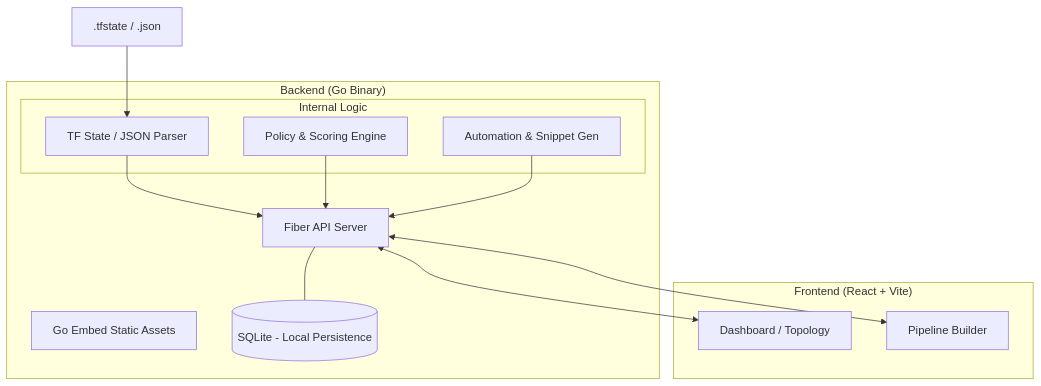
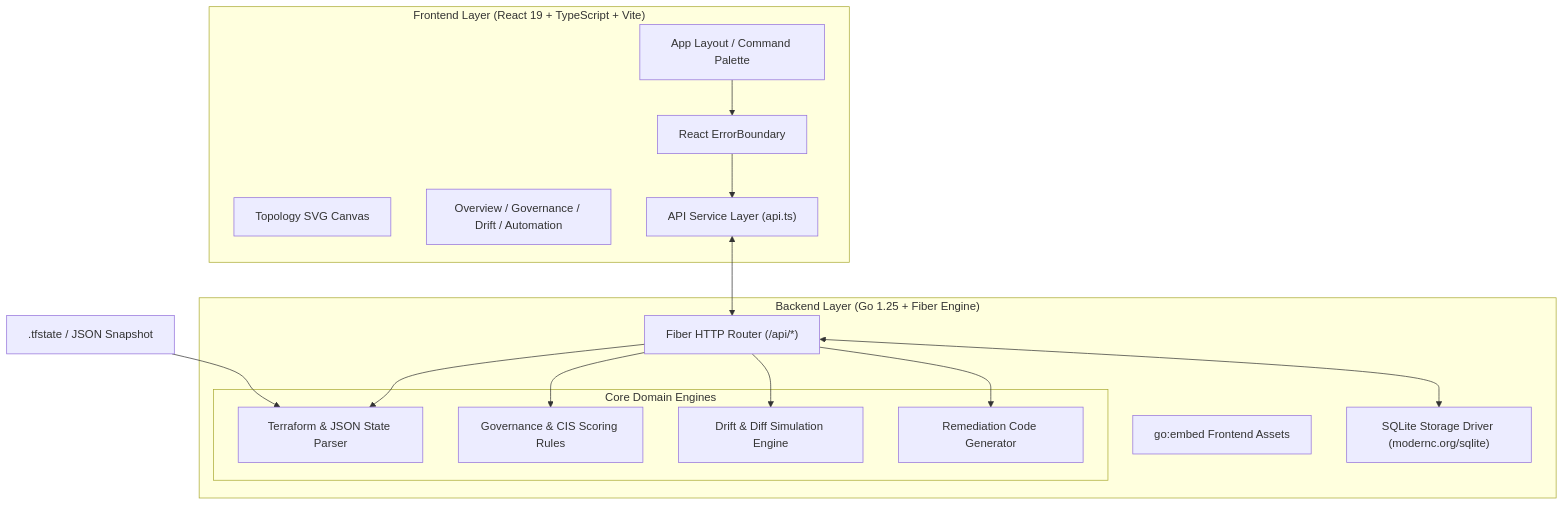
One commit to HeloisaPeGarcia/InfraSight changed the diagram in README.md. Above: the diagram before and after it, drawn with Mermaid. The commit also changed other lines of this file and 15 other files, not shown here.

Commit message:
feat: integrate Drift detection view and initialize backend configuration and API services

````diff
--- a/README.md
+++ b/README.md
@@ -37,28 +41,33 @@
 ```mermaid
 graph TD
-    subgraph "Frontend (React + Vite)"
-        UI[Dashboard / Topology]
-        PB[Pipeline Builder]
+    subgraph "Frontend Layer (React 19 + TypeScript + Vite)"
+        UI["App Layout / Command Palette"]
+        Canvas["Topology SVG Canvas"]
+        Views["Overview / Governance / Drift / Automation"]
+        API_Client["API Service Layer (api.ts)"]
+        EB["React ErrorBoundary"]
     end
 
-    subgraph "Backend (Go Binary)"
-        API[Fiber API Server]
-        EMB[Go Embed Static Assets]
-        
-        subgraph "Internal Logic"
-            Parser[TF State / JSON Parser]
-            Policy[Policy & Scoring Engine]
-            Autom[Automation & Snippet Gen]
+    subgraph "Backend Layer (Go 1.25 + Fiber Engine)"
+        Server["Fiber HTTP Router (/api/*)"]
+        EmbedFS["go:embed Frontend Assets"]
+
+        subgraph "Core Domain Engines"
+            Parser["Terraform & JSON State Parser"]
+            PolicyEngine["Governance & CIS Scoring Rules"]
+            DriftEngine["Drift & Diff Simulation Engine"]
+            RemediationEngine["Remediation Code Generator"]
         end
-        
-        DB[(SQLite - Local Persistence)]
+
+        Storage["SQLite Storage Driver (modernc.org/sqlite)"]
     end
 
-    Input[".tfstate / .json"] --> Parser
-    Parser --> API
-    Policy --> API
-    Autom --> API
-    API <--> UI
-    API <--> PB
-    API --- DB
+    Input[".tfstate / JSON Snapshot"] --> Parser
+    UI --> EB --> API_Client
+    API_Client <--> Server
+    Server --> Parser
+    Server --> PolicyEngine
+    Server --> DriftEngine
+    Server --> RemediationEngine
+    Server <--> Storage
 ```
````
